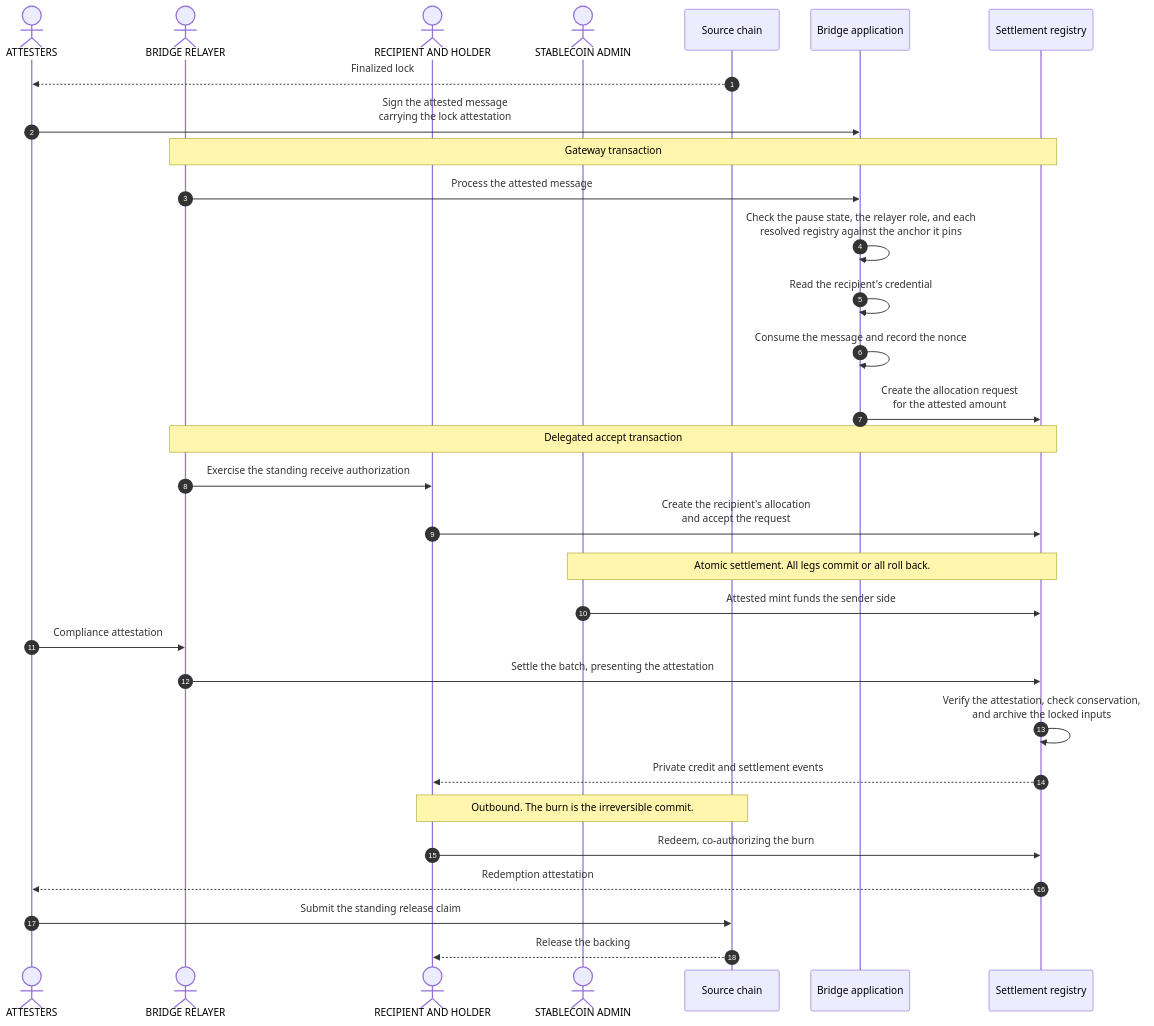
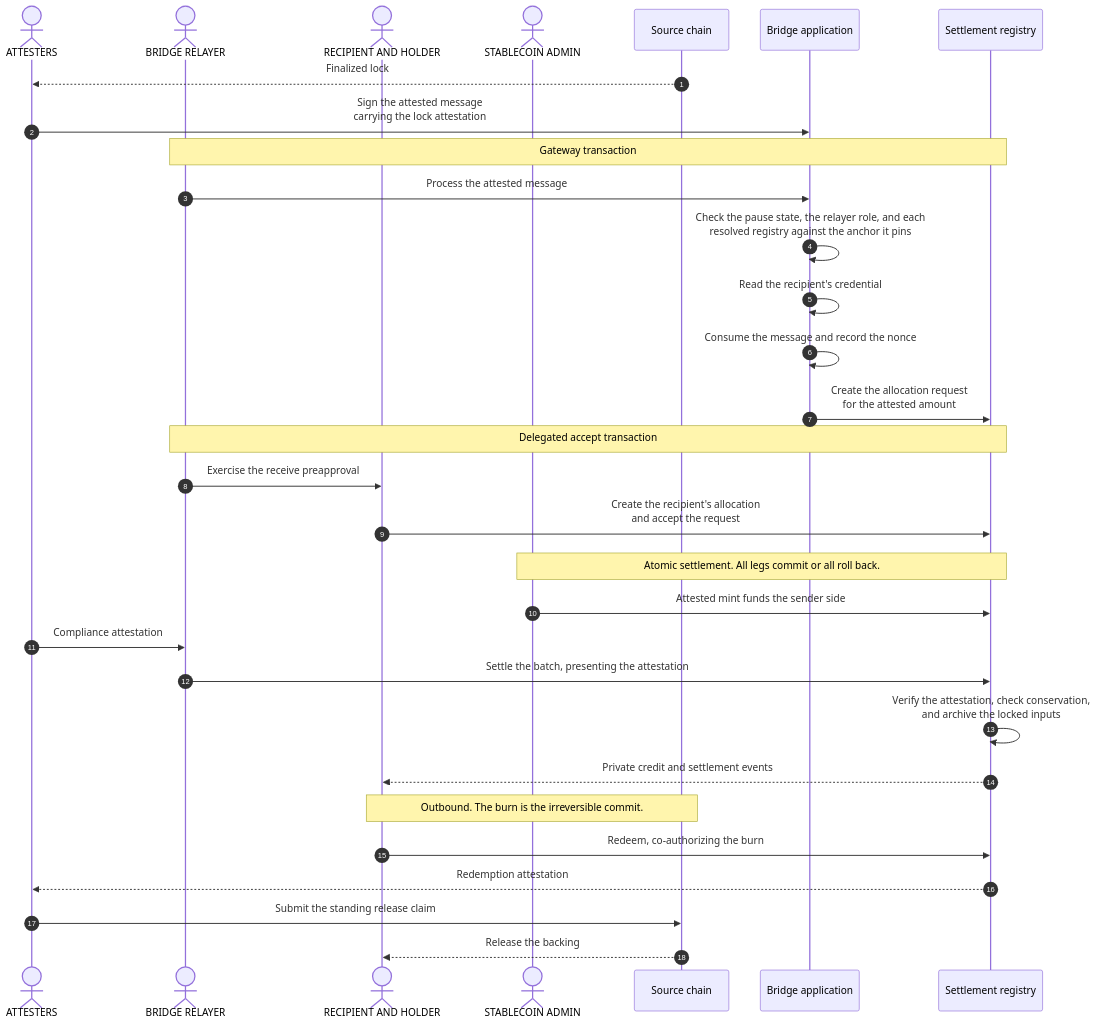
Before and after one commit to OpenZeppelin/canton-specs: the third of 3 diagrams in docs/reference-architectures/cross-chain-stablecoin.md, drawn with Mermaid. The commit also changed other lines of this file, not shown here.

Commit message:
Rename the standing receive authorization to the receive preapproval, and keep standing for the source-chain claim.

````diff
--- a/docs/reference-architectures/cross-chain-stablecoin.md
+++ b/docs/reference-architectures/cross-chain-stablecoin.md
@@ -328,36 +328,36 @@
 ```mermaid
 sequenceDiagram
     autonumber
     actor Attesters as ATTESTERS
     actor Relayer as BRIDGE RELAYER
     actor Recipient as RECIPIENT AND HOLDER
     actor Admin as STABLECOIN ADMIN
     participant Chain as Source chain
     participant App as Bridge application
     participant Assets as Settlement registry
 
     Chain-->>Attesters: Finalized lock
     Attesters->>App: Sign the attested message<br/>carrying the lock attestation
     Note over Relayer,Assets: Gateway transaction
     Relayer->>App: Process the attested message
     App->>App: Check the pause state, the relayer role, and each<br/>resolved registry against the anchor it pins
     App->>App: Read the recipient's credential
     App->>App: Consume the message and record the nonce
     App->>Assets: Create the allocation request<br/>for the attested amount
     Note over Relayer,Assets: Delegated accept transaction
-    Relayer->>Recipient: Exercise the standing receive authorization
+    Relayer->>Recipient: Exercise the receive preapproval
     Recipient->>Assets: Create the recipient's allocation<br/>and accept the request
     rect rgba(255, 255, 255, .1)
         Note over Admin,Assets: Atomic settlement. All legs commit or all roll back.
         Admin->>Assets: Attested mint funds the sender side
         Attesters->>Relayer: Compliance attestation
         Relayer->>Assets: Settle the batch, presenting the attestation
         Assets->>Assets: Verify the attestation, check conservation,<br/>and archive the locked inputs
         Assets-->>Recipient: Private credit and settlement events
     end
     Note over Recipient,Chain: Outbound. The burn is the irreversible commit.
     Recipient->>Assets: Redeem, co-authorizing the burn
     Assets-->>Attesters: Redemption attestation
     Attesters->>Chain: Submit the standing release claim
     Chain-->>Recipient: Release the backing
 ```
````
